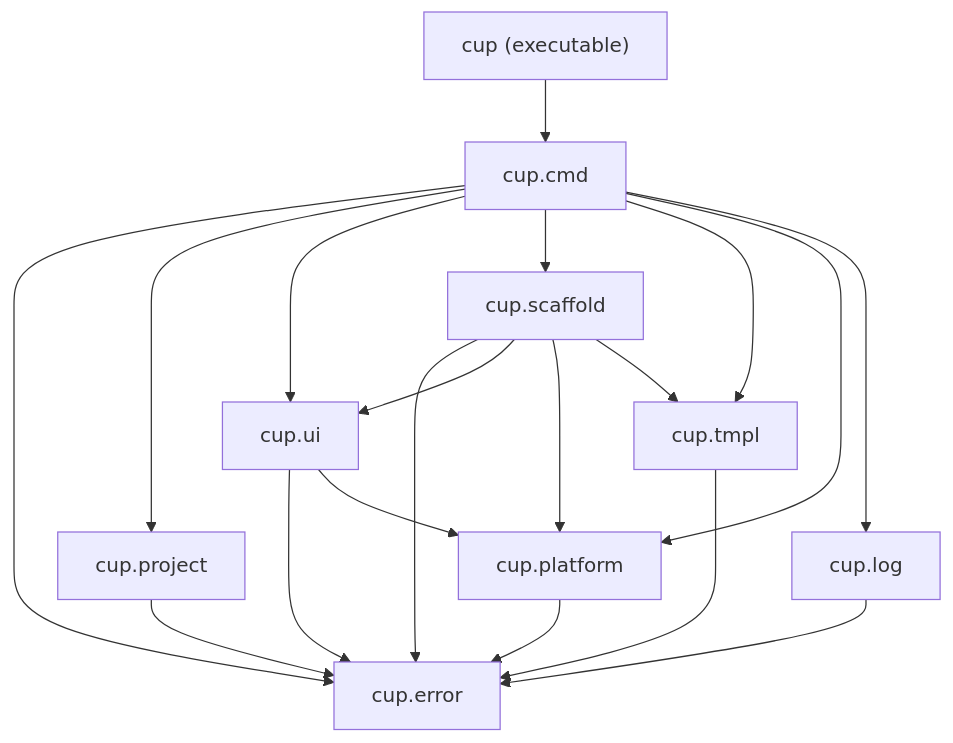
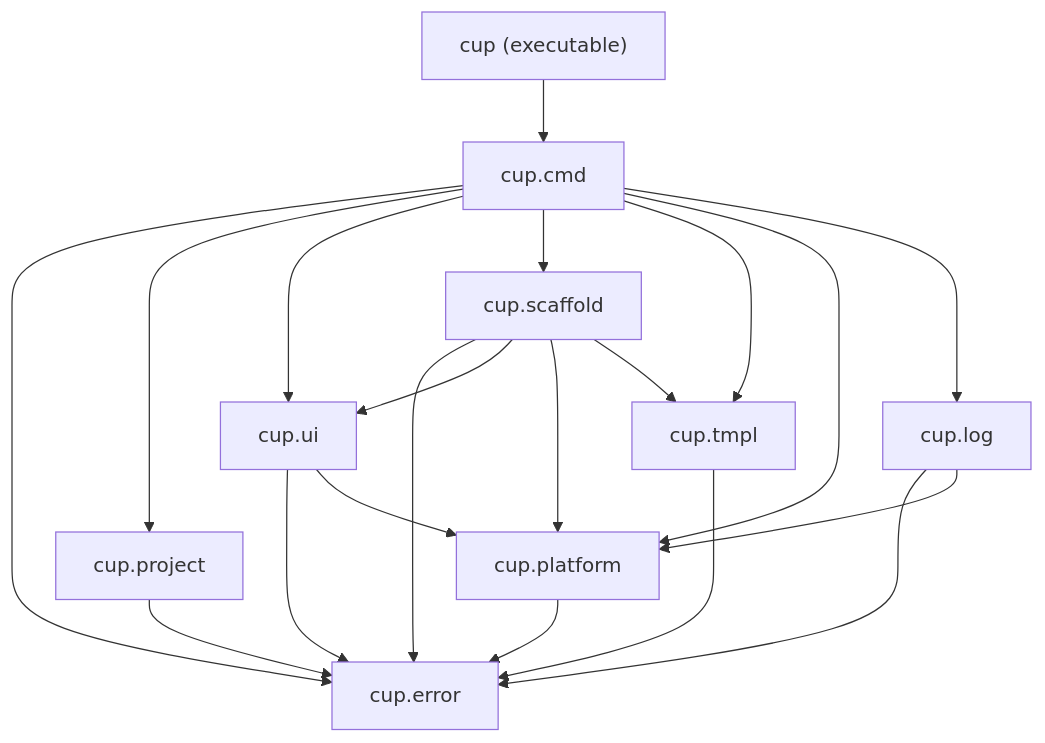
One commit to DrHurel/cup changed the first of 2 diagrams in README.md. Above: the diagram before and after it, drawn with Mermaid. The commit also changed other lines of this file and 58 other files, not shown here.

````diff
--- a/README.md
+++ b/README.md
@@ -203,24 +294,25 @@
 ```mermaid
 graph TD
     main["cup (executable)"] --> cmd[cup.cmd]
     cmd --> error[cup.error]
     cmd --> project[cup.project]
     cmd --> ui[cup.ui]
     cmd --> scaffold[cup.scaffold]
     cmd --> tmpl[cup.tmpl]
     cmd --> platform[cup.platform]
     cmd --> log[cup.log]
 
     scaffold --> error
     scaffold --> ui
     scaffold --> platform
     scaffold --> tmpl
 
     ui --> error
     ui --> platform
 
     log --> error
+    log --> platform
     platform --> error
     project --> error
     tmpl --> error
 ```
````
